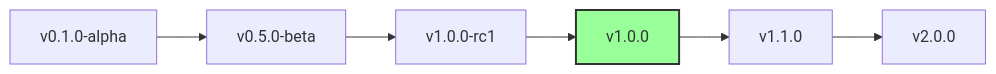
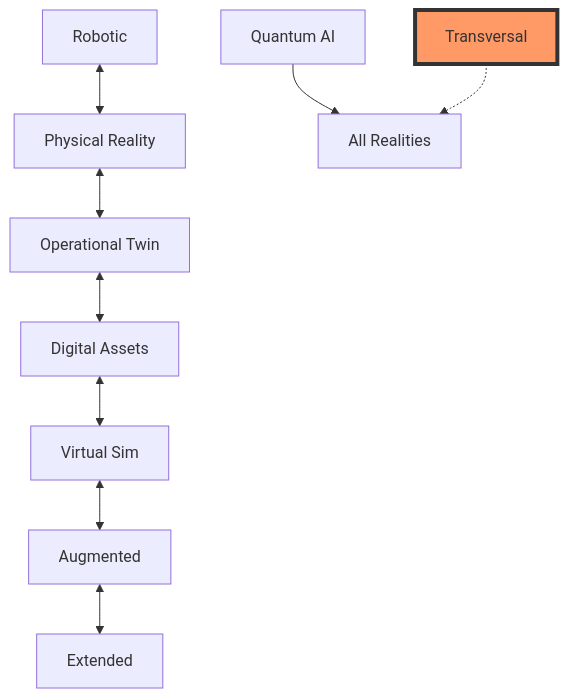
The diagram in DOCUMENTACION_MASTER/NOMENCLATURE_v3.1/AQV-DOC-25MA0001-PRD-BOB-TEC-TD-DTCEC-304-00-01-TPL-TEC-001-QDAT-v3.1.0_Annex-D_Official_Nomenclature_System_v3.1.md (Robbbo-T/A-Q-U-A_V), drawn with Mermaid before and after one commit. The commit also changed other lines of this file, not shown here.

````diff
--- a/DOCUMENTACION_MASTER/NOMENCLATURE_v3.1/AQV-DOC-25MA0001-PRD-BOB-TEC-TD-DTCEC-304-00-01-TPL-TEC-001-QDAT-v3.1.0_Annex-D_Official_Nomenclature_System_v3.1.md
+++ b/DOCUMENTACION_MASTER/NOMENCLATURE_v3.1/AQV-DOC-25MA0001-PRD-BOB-TEC-TD-DTCEC-304-00-01-TPL-TEC-001-QDAT-v3.1.0_Annex-D_Official_Nomenclature_System_v3.1.md
@@ -280,10 +413,13 @@
 ```mermaid
-graph LR
-    v0[v0.1.0-alpha] --> v1[v0.5.0-beta]
-    v1 --> v2[v1.0.0-rc1]
-    v2 --> v3[v1.0.0]
-    v3 --> v4[v1.1.0]
-    v4 --> v5[v2.0.0]
+graph TD
+    PHYS[Physical Reality] <--> OPER[Operational Twin]
+    OPER <--> DIGT[Digital Assets]
+    DIGT <--> VIRT[Virtual Sim]
+    VIRT <--> AUGM[Augmented]
+    AUGM <--> EXTD[Extended]
+    ROBO[Robotic] <--> PHYS
+    QASI[Quantum AI] --> ALL[All Realities]
+    TRNS[Transversal] -.-> ALL
     
-    style v3 fill:#9f9,stroke:#333,stroke-width:2px
+    style TRNS fill:#f96,stroke:#333,stroke-width:4px
 ```
````
